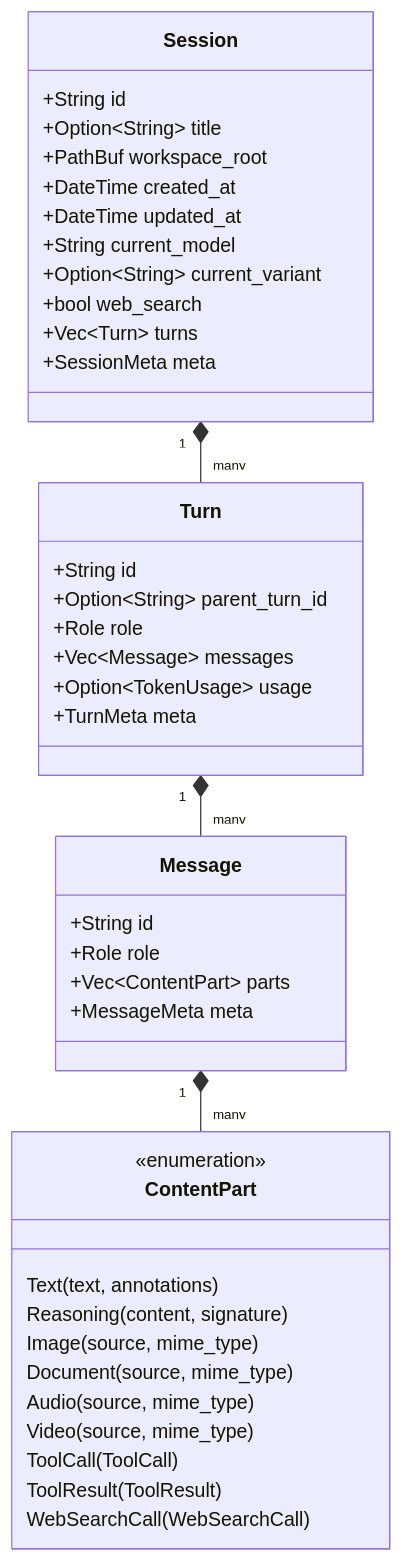
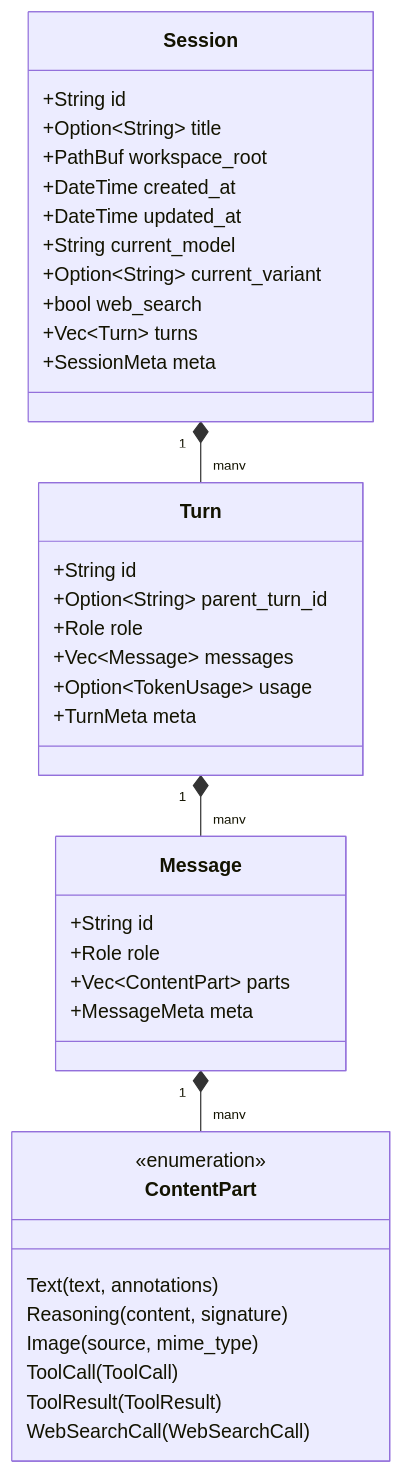
One commit to jerrita/vva changed the diagram in docs/domain_model.md. Above: the diagram before and after it, drawn with Mermaid. The commit also changed other lines of this file and 51 other files, not shown here.

````diff
--- a/docs/domain_model.md
+++ b/docs/domain_model.md
@@ -9,45 +9,42 @@
 ```mermaid
 classDiagram
     class Session {
         +String id
         +Option~String~ title
         +PathBuf workspace_root
         +DateTime created_at
         +DateTime updated_at
         +String current_model
         +Option~String~ current_variant
         +bool web_search
         +Vec~Turn~ turns
         +SessionMeta meta
     }
     class Turn {
         +String id
         +Option~String~ parent_turn_id
         +Role role
         +Vec~Message~ messages
         +Option~TokenUsage~ usage
         +TurnMeta meta
     }
     class Message {
         +String id
         +Role role
         +Vec~ContentPart~ parts
         +MessageMeta meta
     }
     class ContentPart {
         <<enumeration>>
         Text(text, annotations)
         Reasoning(content, signature)
         Image(source, mime_type)
-        Document(source, mime_type)
-        Audio(source, mime_type)
-        Video(source, mime_type)
         ToolCall(ToolCall)
         ToolResult(ToolResult)
         WebSearchCall(WebSearchCall)
     }
 
     Session "1" *-- "many" Turn
     Turn "1" *-- "many" Message
     Message "1" *-- "many" ContentPart
 ```
````
